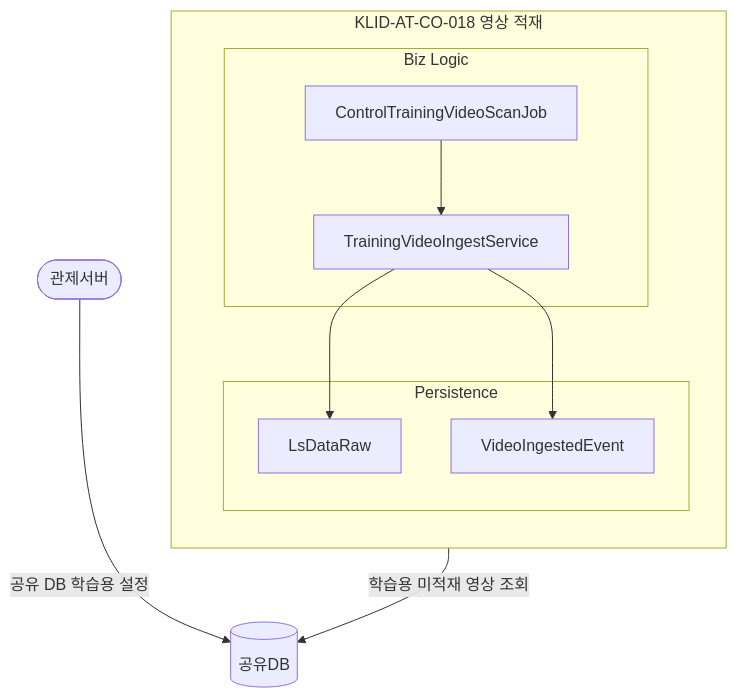
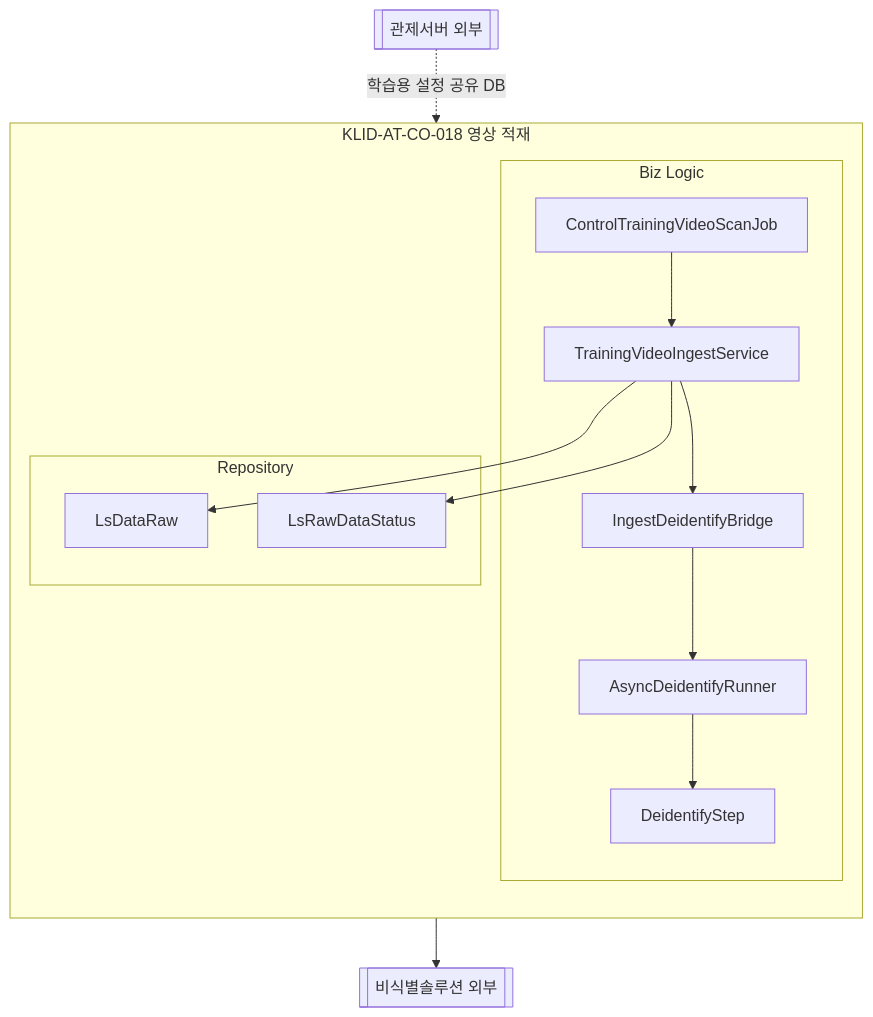
One commit to New-stella/klid-label changed diagram 14 of 18 in docs/design/D3-컴포넌트설계서.md. Above: the diagram before and after it, drawn with Mermaid. The commit also changed other lines of this file and 7 other files, not shown here.

````diff
--- a/docs/design/D3-컴포넌트설계서.md
+++ b/docs/design/D3-컴포넌트설계서.md
@@ -452,21 +435,27 @@
 ```mermaid
 flowchart TD
-    CONTROL([관제서버])
-    SHAREDDB[(공유DB)]
+    CTRL[[관제서버 외부]]
+    DEID[[비식별솔루션 외부]]
     subgraph CO018[KLID-AT-CO-018 영상 적재]
         direction TB
         subgraph BIZ18[Biz Logic]
-            SCJ[ControlTrainingVideoScanJob]
+            CSJ[ControlTrainingVideoScanJob]
             TIS[TrainingVideoIngestService]
+            IDB[IngestDeidentifyBridge]
+            ADR[AsyncDeidentifyRunner]
+            DST[DeidentifyStep]
         end
-        subgraph PER18[Persistence]
-            LDR[LsDataRaw]
-            VIE[VideoIngestedEvent]
+        subgraph REP18[Repository]
+            RAW18[LsDataRaw]
+            RST18[LsRawDataStatus]
         end
-        SCJ --> TIS
-        TIS --> LDR
-        TIS --> VIE
+        CSJ --> TIS
+        TIS --> RAW18
+        TIS --> RST18
+        TIS --> IDB
+        IDB --> ADR
+        ADR --> DST
     end
-    CONTROL -->|공유 DB 학습용 설정| SHAREDDB
-    SCJ -->|학습용 미적재 영상 조회| SHAREDDB
+    CTRL -.학습용 설정 공유 DB.-> CSJ
+    DST --> DEID
 ```
````
